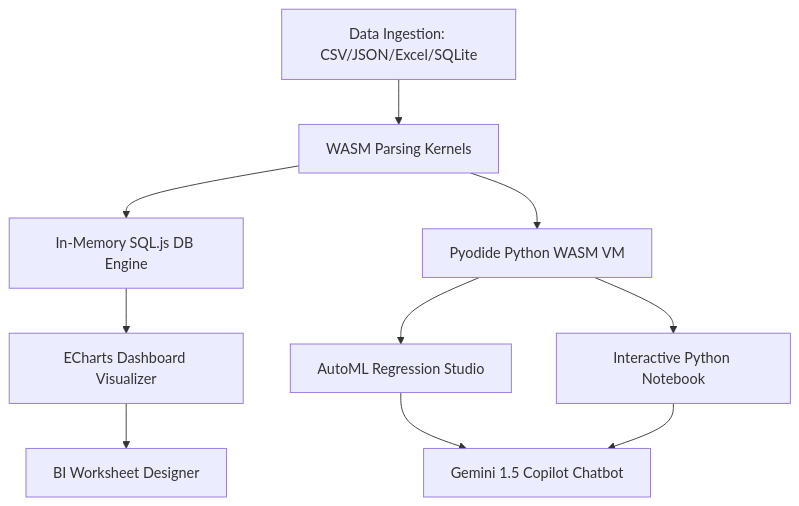
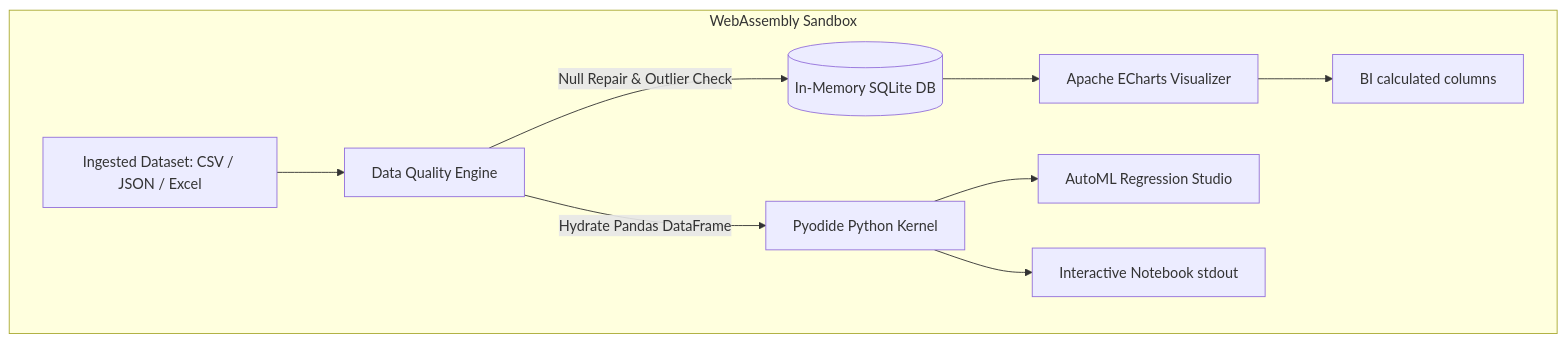
One commit to Amank326/Agentic-Analytics-Pipeline changed the diagram in README.md. Above: the diagram before and after it, drawn with Mermaid. The commit also changed other lines of this file, not shown here.

Commit message:
Add animated spinning tech wheel SVG and extended architectural blueprints to README.md

````diff
--- a/README.md
+++ b/README.md
@@ -21,12 +104,12 @@
 ```mermaid
 graph TD
-    A[Data Ingestion: CSV/JSON/Excel/SQLite] --> B[WASM Parsing Kernels]
-    B --> C[In-Memory SQL.js DB Engine]
-    B --> D[Pyodide Python WASM VM]
-    C --> E[ECharts Dashboard Visualizer]
-    D --> F[AutoML Regression Studio]
-    D --> G[Interactive Python Notebook]
-    E --> H[BI Worksheet Designer]
-    F --> I[Gemini 1.5 Copilot Chatbot]
-    G --> I
+    subgraph Client-Side Browser Workspace [WebAssembly Sandbox]
+        A[Ingested Dataset: CSV / JSON / Excel] --> B[Data Quality Engine]
+        B -->|Null Repair & Outlier Check| C[(In-Memory SQLite DB)]
+        B -->|Hydrate Pandas DataFrame| D[Pyodide Python Kernel]
+        C --> E[Apache ECharts Visualizer]
+        D --> F[AutoML Regression Studio]
+        D --> G[Interactive Notebook stdout]
+        E --> H[BI calculated columns]
+    end
 ```
````
